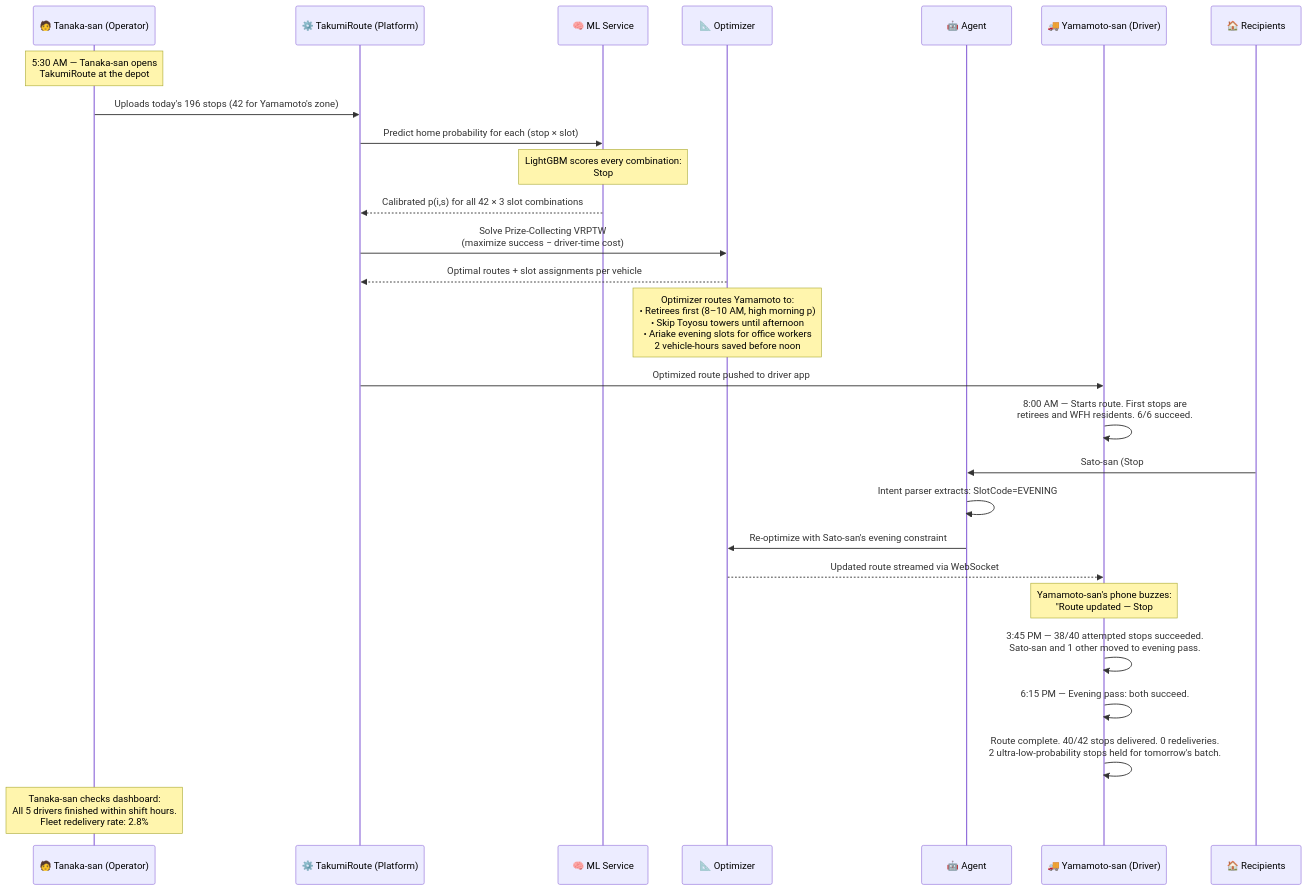
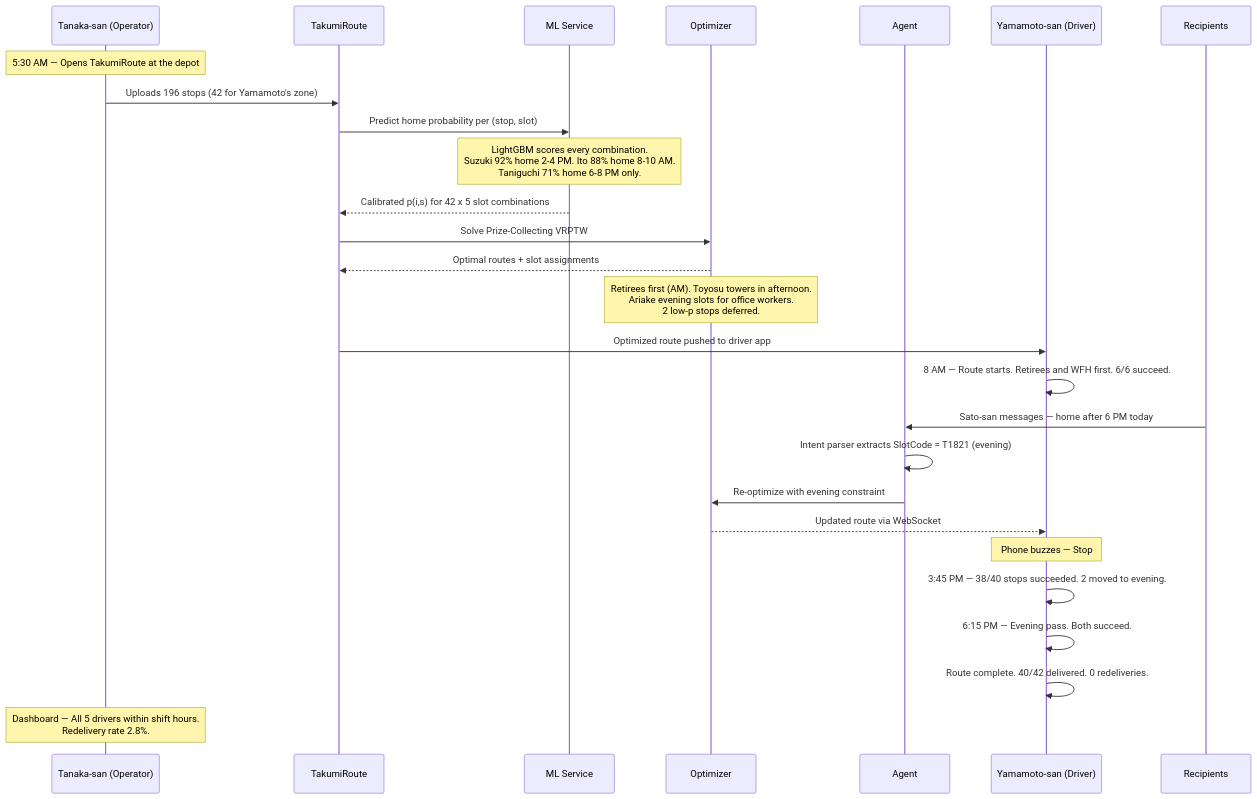
Before and after one commit to lobezno16/Takumi: the third of 15 diagrams in README.md, drawn with Mermaid. The commit also changed other lines of this file, not shown here.

````diff
--- a/README.md
+++ b/README.md
@@ -72,39 +186,39 @@
 ```mermaid
 sequenceDiagram
-    participant T as 🧑 Tanaka-san (Operator)
-    participant TR as ⚙️ TakumiRoute (Platform)
-    participant ML as 🧠 ML Service
-    participant O as 📐 Optimizer
-    participant AG as 🤖 Agent
-    participant D as 🚚 Yamamoto-san (Driver)
-    participant R as 🏠 Recipients
+    participant T as Tanaka-san (Operator)
+    participant TR as TakumiRoute
+    participant ML as ML Service
+    participant OE as Optimizer
+    participant AG as Agent
+    participant D as Yamamoto-san (Driver)
+    participant R as Recipients
 
-    Note over T: 5:30 AM — Tanaka-san opens<br/>TakumiRoute at the depot
+    Note over T: 5:30 AM — Opens TakumiRoute at the depot
 
-    T->>TR: Uploads today's 196 stops (42 for Yamamoto's zone)
-    TR->>ML: Predict home probability for each (stop × slot)
+    T->>TR: Uploads 196 stops (42 for Yamamoto's zone)
+    TR->>ML: Predict home probability per (stop, slot)
 
-    Note over ML: LightGBM scores every combination:<br/>Stop #7 Mrs. Suzuki — 92% home 2–4 PM, 15% morning<br/>Stop #18 Mr. Ito — 88% home 8–10 AM (retiree)<br/>Stop #31 Ms. Taniguchi — 71% evening-only
+    Note over ML: LightGBM scores every combination.<br/>Suzuki 92% home 2-4 PM. Ito 88% home 8-10 AM.<br/>Taniguchi 71% home 6-8 PM only.
 
-    ML-->>TR: Calibrated p(i,s) for all 42 × 3 slot combinations
-    TR->>O: Solve Prize-Collecting VRPTW<br/>(maximize success − driver-time cost)
-    O-->>TR: Optimal routes + slot assignments per vehicle
+    ML-->>TR: Calibrated p(i,s) for 42 x 5 slot combinations
+    TR->>OE: Solve Prize-Collecting VRPTW
+    OE-->>TR: Optimal routes + slot assignments
 
-    Note over O: Optimizer routes Yamamoto to:<br/>• Retirees first (8–10 AM, high morning p)<br/>• Skip Toyosu towers until afternoon<br/>• Ariake evening slots for office workers<br/>2 vehicle-hours saved before noon
+    Note over OE: Retirees first (AM). Toyosu towers in afternoon.<br/>Ariake evening slots for office workers.<br/>2 low-p stops deferred.
 
     TR->>D: Optimized route pushed to driver app
-    D->>D: 8:00 AM — Starts route. First stops are<br/>retirees and WFH residents. 6/6 succeed.
+    D->>D: 8 AM — Route starts. Retirees and WFH first. 6/6 succeed.
 
-    R->>AG: Sato-san (Stop #22) texts:<br/>"Meeting ran late — home after 6 PM today"
-    AG->>AG: Intent parser extracts: SlotCode=EVENING
-    AG->>O: Re-optimize with Sato-san's evening constraint
-    O-->>D: Updated route streamed via WebSocket
+    R->>AG: Sato-san messages — home after 6 PM today
+    AG->>AG: Intent parser extracts SlotCode = T1821 (evening)
+    AG->>OE: Re-optimize with evening constraint
+    OE-->>D: Updated route via WebSocket
 
-    Note over D: Yamamoto-san's phone buzzes:<br/>"Route updated — Stop #22 moved to 6:15 PM"
+    Note over D: Phone buzzes — Stop #22 moved to 6:15 PM
 
-    D->>D: 3:45 PM — 38/40 attempted stops succeeded.<br/>Sato-san and 1 other moved to evening pass.
-    D->>D: 6:15 PM — Evening pass: both succeed.
-    D->>D: Route complete. 40/42 stops delivered. 0 redeliveries.<br/>2 ultra-low-probability stops held for tomorrow's batch.
+    D->>D: 3:45 PM — 38/40 stops succeeded. 2 moved to evening.
+    D->>D: 6:15 PM — Evening pass. Both succeed.
+    D->>D: Route complete. 40/42 delivered. 0 redeliveries.
 
-    Note over T: Tanaka-san checks dashboard:<br/>All 5 drivers finished within shift hours.<br/>Fleet redelivery rate: 2.8%
+    Note over T: Dashboard — All 5 drivers within shift hours.<br/>Redelivery rate 2.8%.
 ```
````
